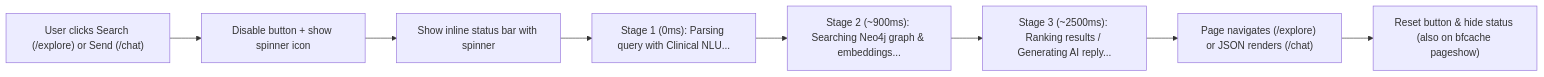
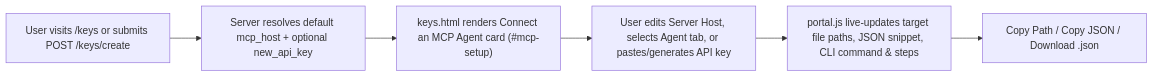
One commit to gosmart-health/gosmart-dictionary-service changed the diagram in ImplementationPlan.md. Above: the diagram before and after it, drawn with Mermaid. The commit also changed other lines of this file and 21 other files, not shown here.

Commit message:
(feat) Add MCP Server and MCP Configuration Assist web page.

````diff
--- a/ImplementationPlan.md
+++ b/ImplementationPlan.md
@@ -27,10 +39,8 @@
 ```mermaid
 flowchart LR
-    A["User clicks Search (/explore) or Send (/chat)"] --> B["Disable button + show spinner icon"]
-    B --> C["Show inline status bar with spinner"]
-    C --> D["Stage 1 (0ms): Parsing query with Clinical NLU..."]
-    D --> E["Stage 2 (~900ms): Searching Neo4j graph & embeddings..."]
-    E --> F["Stage 3 (~2500ms): Ranking results / Generating AI reply..."]
-    F --> G["Page navigates (/explore) or JSON renders (/chat)"]
-    G --> H["Reset button & hide status (also on bfcache pageshow)"]
+    A["User visits /keys or submits POST /keys/create"] --> B["Server resolves default mcp_host + optional new_api_key"]
+    B --> C["keys.html renders Connect an MCP Agent card (#mcp-setup)"]
+    C --> D["User edits Server Host, selects Agent tab, or pastes/generates API key"]
+    D --> E["portal.js live-updates target file paths, JSON snippet, CLI command & steps"]
+    E --> F["Copy Path / Copy JSON / Download <filename>.json"]
 ```
````
